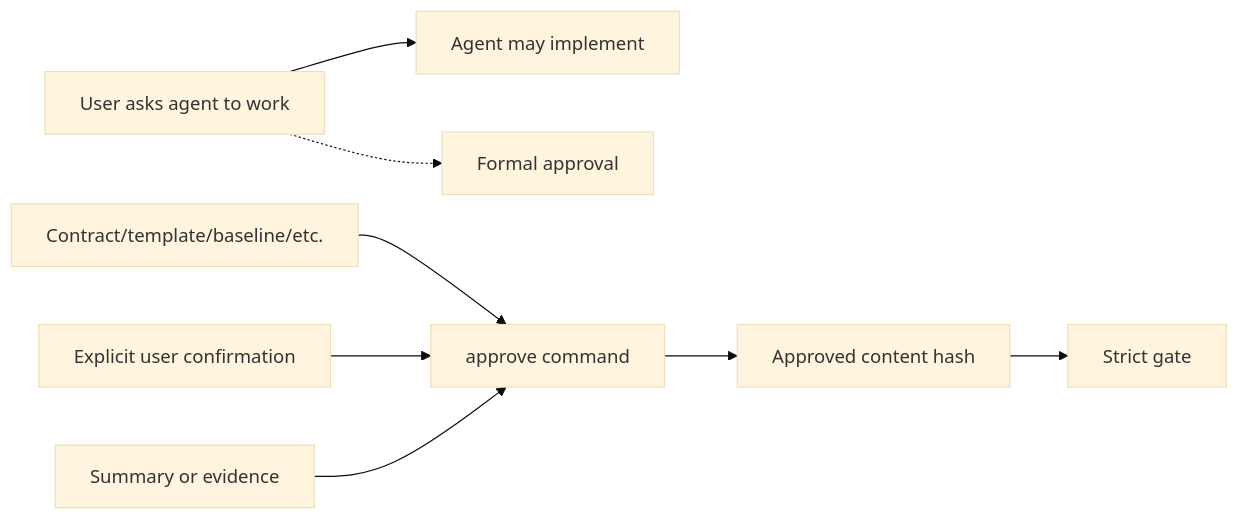
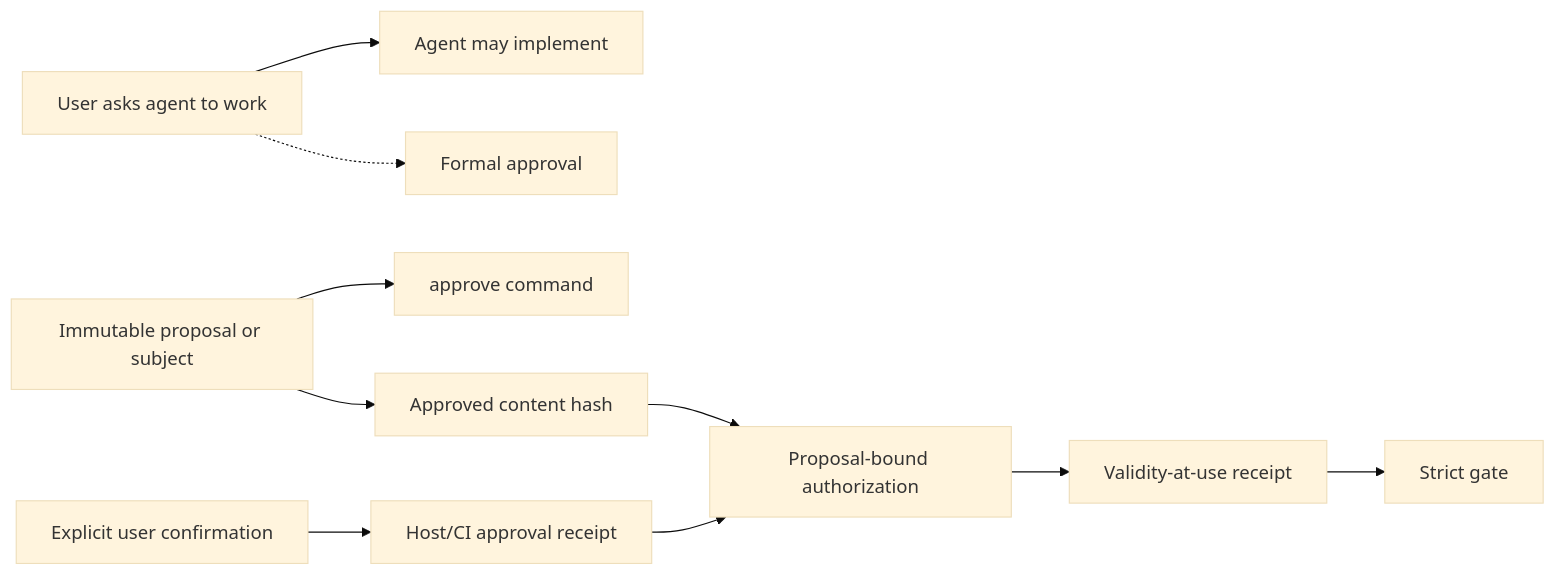
The seventh of 12 diagrams in docs/architecture.md (aantenore/agentic-sdlc-codex-plugin), drawn with Mermaid (base theme) before and after one commit. The commit also changed other lines of this file and 48 other files, not shown here.

````diff
--- a/docs/architecture.md
+++ b/docs/architecture.md
@@ -197,10 +233,12 @@
 ```mermaid
 flowchart LR
   WorkAuth["User asks agent to work"] --> Implementation["Agent may implement"]
   WorkAuth -.-> FormalApproval["Formal approval"]
   Artifact["Contract/template/baseline/etc."] --> ApprovalCommand["approve command"]
-  Human["Explicit user confirmation"] --> ApprovalCommand
-  Evidence["Summary or evidence"] --> ApprovalCommand
-  ApprovalCommand --> Hash["Approved content hash"]
-  Hash --> Gate["Strict gate"]
+  Human["Explicit user confirmation"] --> HostReceipt["Host/CI approval receipt"]
+  Artifact["Immutable proposal or subject"] --> Hash["Approved content hash"]
+  HostReceipt --> Authorization["Proposal-bound authorization"]
+  Hash --> Authorization
+  Authorization --> UseReceipt["Validity-at-use receipt"]
+  UseReceipt --> Gate["Strict gate"]
 ```
````
